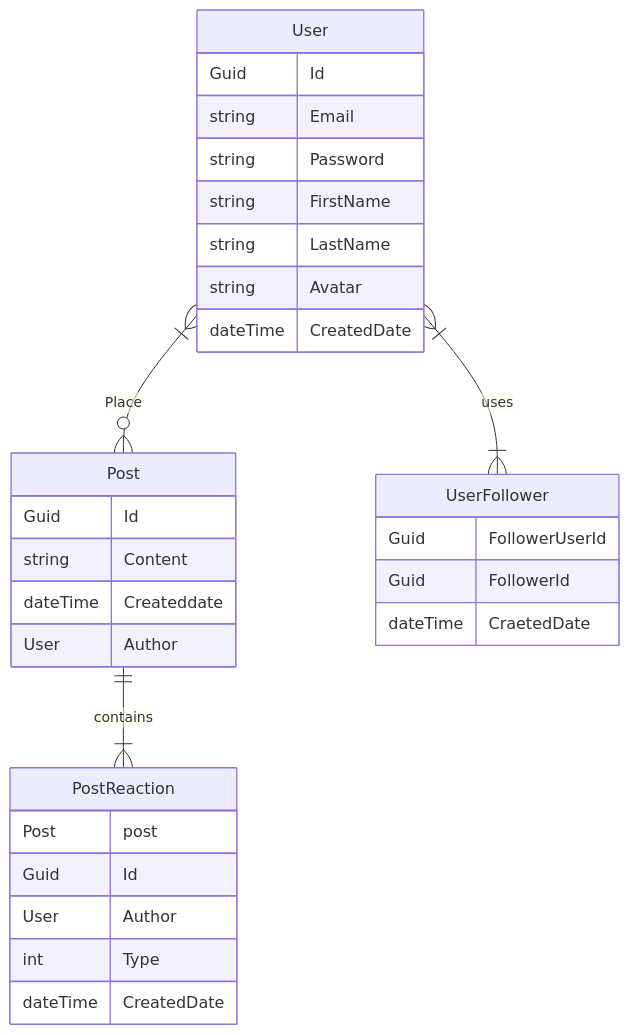
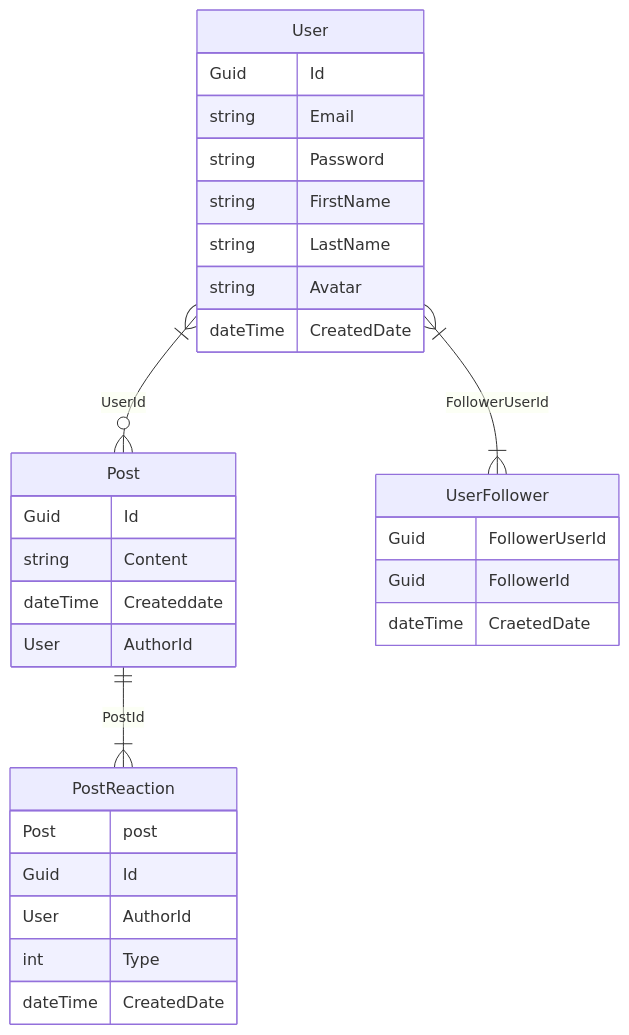
The diagram in src/InstagramClone.Api/Entities/InstagramClone.md (sobuse/InstagramClone), drawn with Mermaid before and after one commit.

Commit message:
Edited my erDiagram to properly show links between table

````diff
--- a/src/InstagramClone.Api/Entities/InstagramClone.md
+++ b/src/InstagramClone.Api/Entities/InstagramClone.md
@@ -3,38 +3,38 @@
 ```mermaid
 erDiagram
 
-    User |{--o{Post:Place
-    Post ||--|{PostReaction: contains
-    User}|--|{UserFollower: uses
+    User |{--o{Post:UserId
+    Post ||--|{PostReaction: PostId
+    User}|--|{UserFollower: FollowerUserId
     User{
        Guid Id
        string Email
        string Password
        string FirstName
        string LastName
        string Avatar
        dateTime CreatedDate
     }
 
     UserFollower{
         Guid FollowerUserId
         Guid FollowerId
         dateTime CraetedDate
     }
 
     Post{
         Guid Id
         string Content
         dateTime Createddate
-        User Author
+        User AuthorId
     }
 
     PostReaction{
         Post post
         Guid Id
-        User Author
+        User AuthorId
         int Type
         dateTime CreatedDate
     }
 
 ```
````
